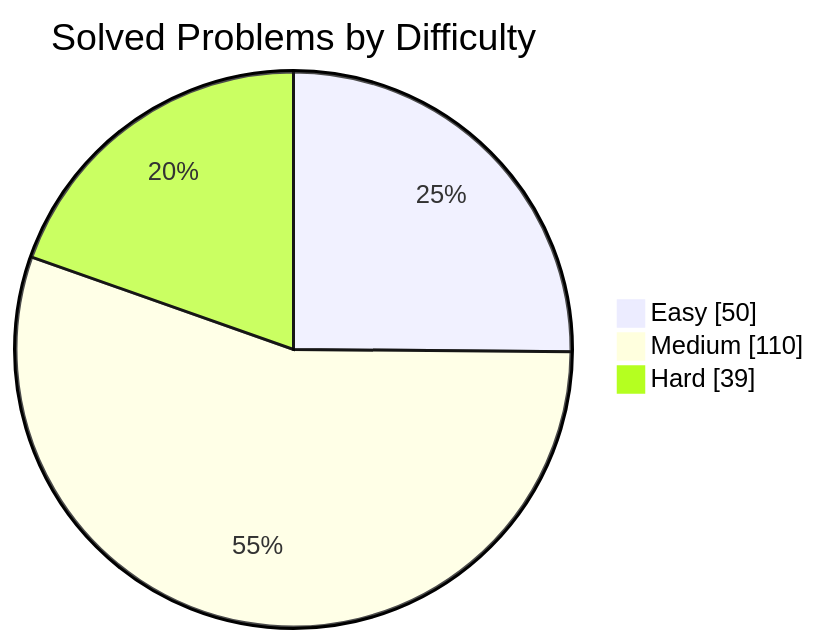
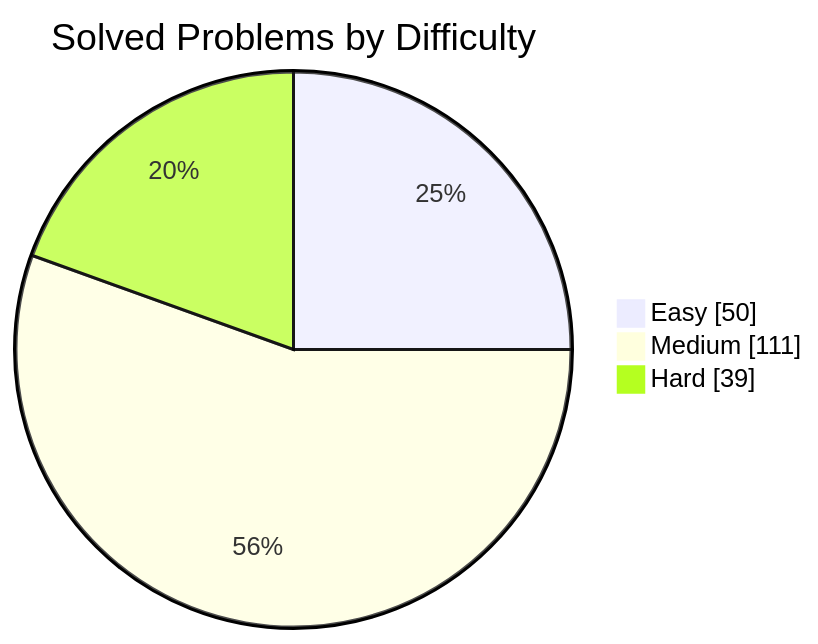
Before and after one commit to manikantbindass/DSA-Preparation-FAANG: the first of 2 diagrams in README.md, drawn with Mermaid. The commit also changed other lines of this file, not shown here.

````diff
--- a/README.md
+++ b/README.md
@@ -38,7 +38,7 @@
 ```mermaid
 pie showData
     title Solved Problems by Difficulty
     "Easy" : 50
-    "Medium" : 110
+    "Medium" : 111
     "Hard" : 39
 ```
````
